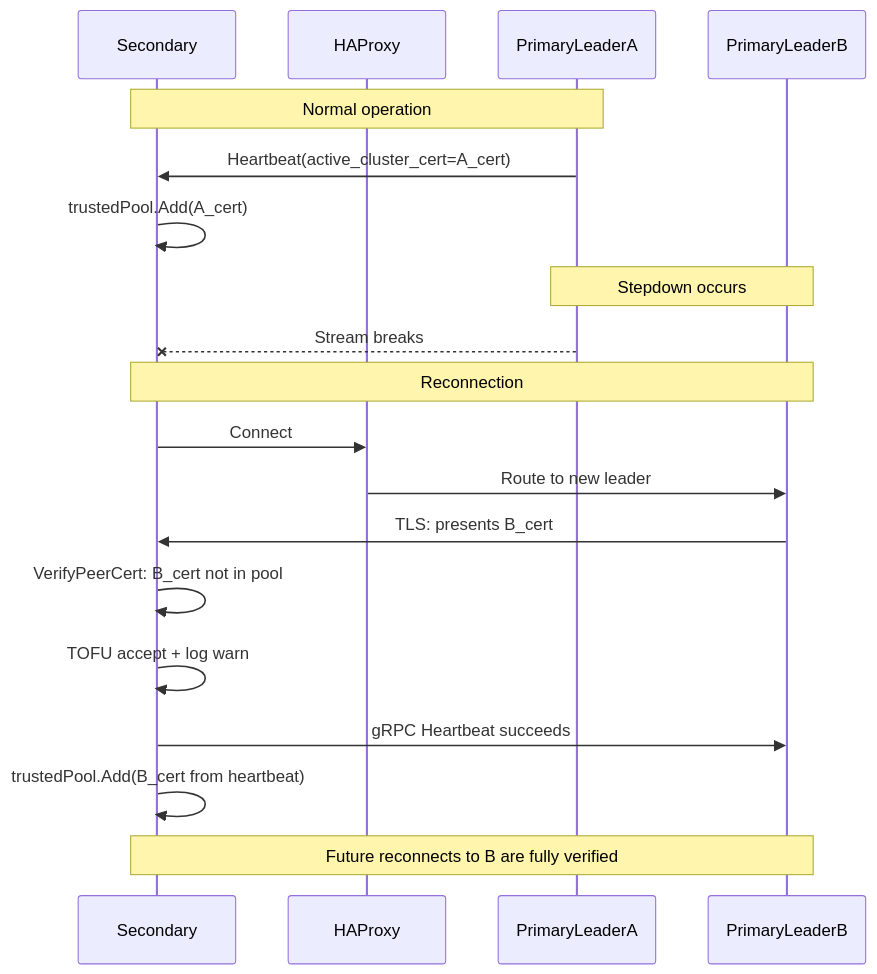
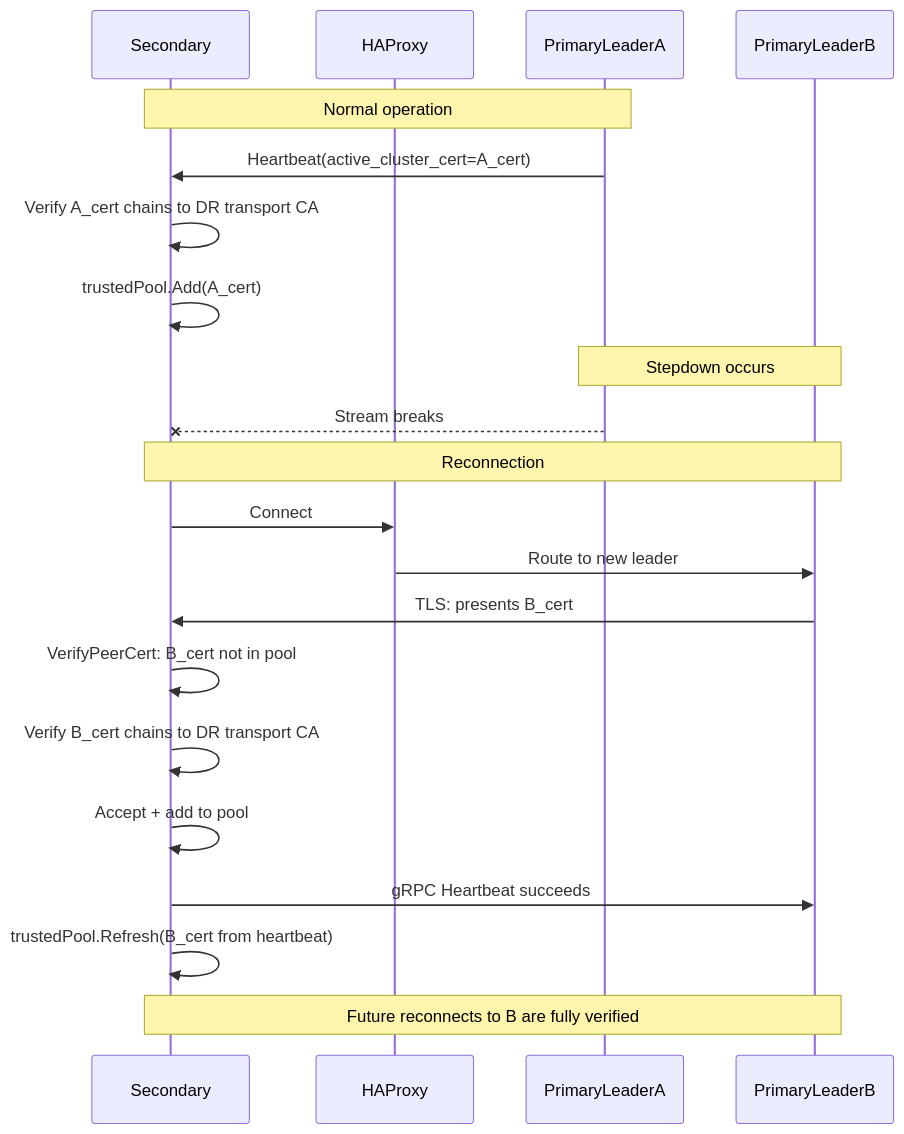
The second of 3 diagrams in RFC_DR_Replication.md (adfinis/openbao), drawn with Mermaid before and after one commit. The commit also changed other lines of this file and 4 other files, not shown here.

Commit message:
fix(dr): harden heartbeat TLS cert handling

````diff
--- a/RFC_DR_Replication.md
+++ b/RFC_DR_Replication.md
@@ -119,25 +148,27 @@
 ```mermaid
 sequenceDiagram
     participant Sec as Secondary
     participant LB as HAProxy
     participant LeaderA as PrimaryLeaderA
     participant LeaderB as PrimaryLeaderB
 
     Note over Sec,LeaderA: Normal operation
     LeaderA->>Sec: Heartbeat(active_cluster_cert=A_cert)
+    Sec->>Sec: Verify A_cert chains to DR transport CA
     Sec->>Sec: trustedPool.Add(A_cert)
 
     Note over LeaderA,LeaderB: Stepdown occurs
     LeaderA--xSec: Stream breaks
 
     Note over Sec,LeaderB: Reconnection
     Sec->>LB: Connect
     LB->>LeaderB: Route to new leader
     LeaderB->>Sec: TLS: presents B_cert
     Sec->>Sec: VerifyPeerCert: B_cert not in pool
-    Sec->>Sec: TOFU accept + log warn
+    Sec->>Sec: Verify B_cert chains to DR transport CA
+    Sec->>Sec: Accept + add to pool
     Sec->>LeaderB: gRPC Heartbeat succeeds
-    Sec->>Sec: trustedPool.Add(B_cert from heartbeat)
+    Sec->>Sec: trustedPool.Refresh(B_cert from heartbeat)
 
     Note over Sec,LeaderB: Future reconnects to B are fully verified
 ```
````
